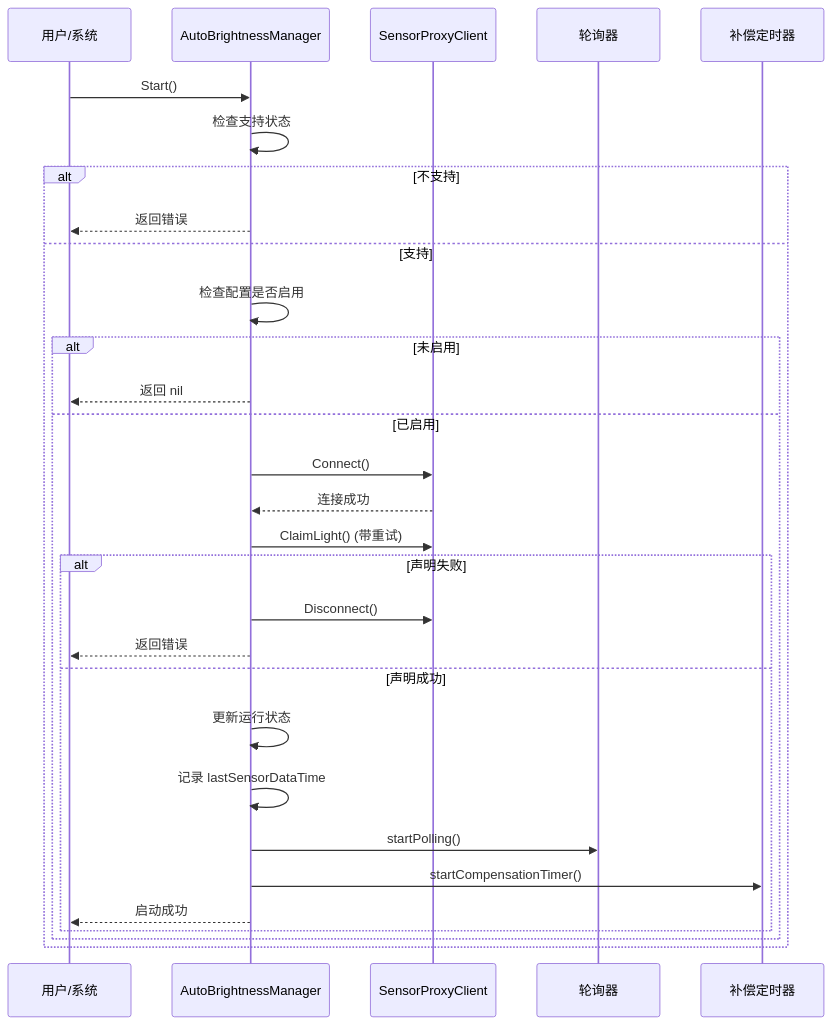
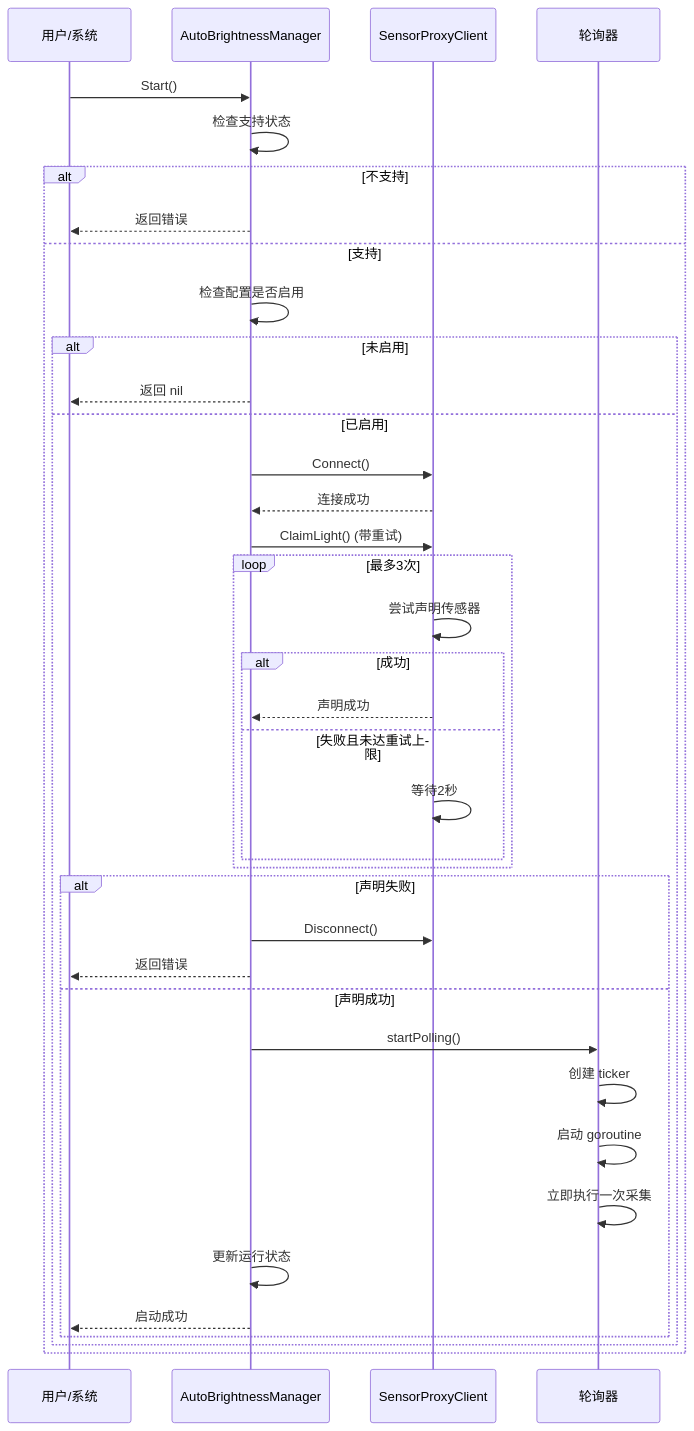
Before and after one commit to linuxdeepin/dde-daemon: the fourth of 26 diagrams in docs/auto_backlight/auto_brightness_design.md, drawn with Mermaid. The commit also changed other lines of this file and 21 other files, not shown here.

````diff
--- a/docs/auto_backlight/auto_brightness_design.md
+++ b/docs/auto_backlight/auto_brightness_design.md
@@ -316,33 +298,41 @@
 ```mermaid
 sequenceDiagram
     participant User as 用户/系统
     participant ABM as AutoBrightnessManager
     participant Sensor as SensorProxyClient
     participant Poller as 轮询器
-    participant Comp as 补偿定时器
 
     User->>ABM: Start()
     ABM->>ABM: 检查支持状态
     alt 不支持
         ABM-->>User: 返回错误
     else 支持
         ABM->>ABM: 检查配置是否启用
         alt 未启用
             ABM-->>User: 返回 nil
         else 已启用
             ABM->>Sensor: Connect()
             Sensor-->>ABM: 连接成功
             ABM->>Sensor: ClaimLight() (带重试)
+            loop 最多3次
+                Sensor->>Sensor: 尝试声明传感器
+                alt 成功
+                    Sensor-->>ABM: 声明成功
+                else 失败且未达重试上限
+                    Sensor->>Sensor: 等待2秒
+                end
+            end
             alt 声明失败
                 ABM->>Sensor: Disconnect()
                 ABM-->>User: 返回错误
             else 声明成功
+                ABM->>Poller: startPolling()
+                Poller->>Poller: 创建 ticker
+                Poller->>Poller: 启动 goroutine
+                Poller->>Poller: 立即执行一次采集
                 ABM->>ABM: 更新运行状态
-                ABM->>ABM: 记录 lastSensorDataTime
-                ABM->>Poller: startPolling()
-                ABM->>Comp: startCompensationTimer()
                 ABM-->>User: 启动成功
             end
         end
     end
 ```
````
